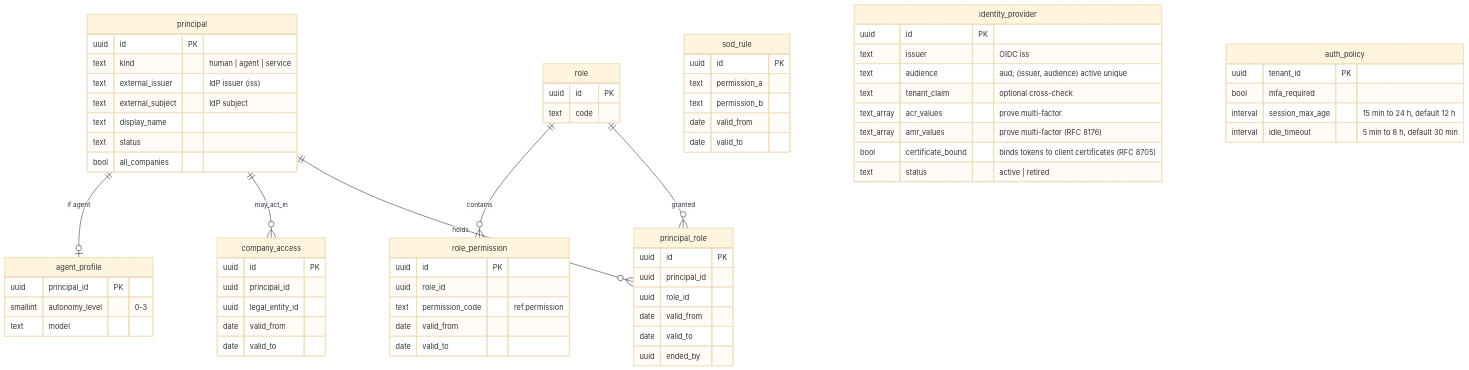
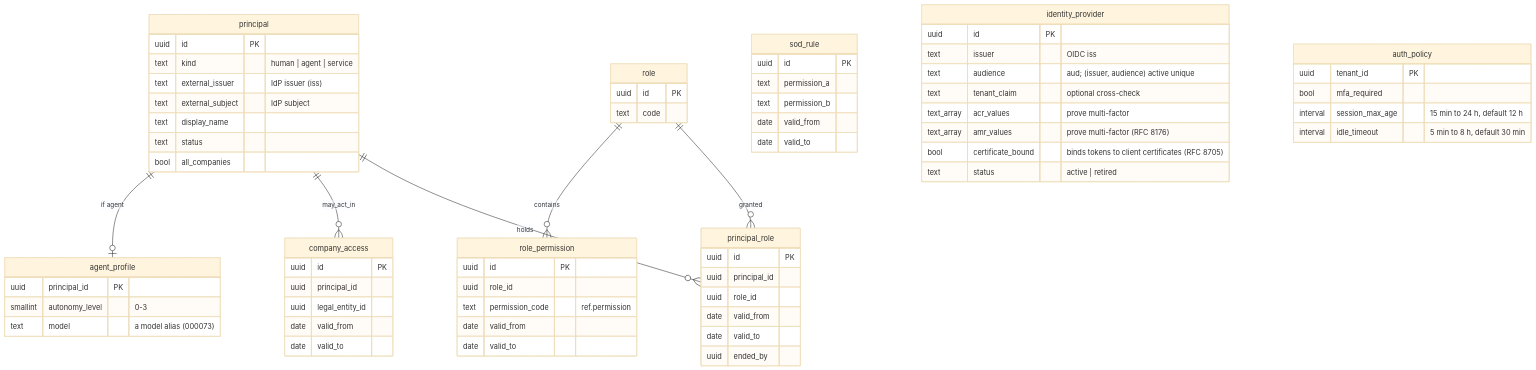
One commit to mustie7iy/agentic-erp changed the second of 9 diagrams in docs/design/03-data-model.md. Above: the diagram before and after it, drawn with Mermaid (base theme). The commit also changed 13 other files, not shown here.

First line of the commit message:
identity: an agent runs on a model alias, Claude names mapped by migration 000073 (T42f)

````diff
--- a/docs/design/03-data-model.md
+++ b/docs/design/03-data-model.md
@@ -134,55 +134,55 @@
 ```mermaid
 erDiagram
   principal ||--o{ principal_role : holds
   role ||--o{ principal_role : granted
   role ||--o{ role_permission : contains
   principal ||--o{ company_access : may_act_in
   principal ||--o| agent_profile : "if agent"
   principal {
     uuid id PK
     text kind "human | agent | service"
     text external_issuer "IdP issuer (iss)"
     text external_subject "IdP subject"
     text display_name
     text status
     bool all_companies
   }
   role { uuid id PK
     text code }
   role_permission { uuid id PK
     uuid role_id
     text permission_code "ref.permission"
     date valid_from
     date valid_to }
   principal_role { uuid id PK
     uuid principal_id
     uuid role_id
     date valid_from
     date valid_to
     uuid ended_by }
   company_access { uuid id PK
     uuid principal_id
     uuid legal_entity_id
     date valid_from
     date valid_to }
   sod_rule { uuid id PK
     text permission_a
     text permission_b
     date valid_from
     date valid_to }
   agent_profile { uuid principal_id PK
     smallint autonomy_level "0-3"
-    text model }
+    text model "a model alias (000073)" }
   identity_provider { uuid id PK
     text issuer "OIDC iss"
     text audience "aud; (issuer, audience) active unique"
     text tenant_claim "optional cross-check"
     text_array acr_values "prove multi-factor"
     text_array amr_values "prove multi-factor (RFC 8176)"
     bool certificate_bound "binds tokens to client certificates (RFC 8705)"
     text status "active | retired" }
   auth_policy { uuid tenant_id PK
     bool mfa_required
     interval session_max_age "15 min to 24 h, default 12 h"
     interval idle_timeout "5 min to 8 h, default 30 min" }
 ```
````
